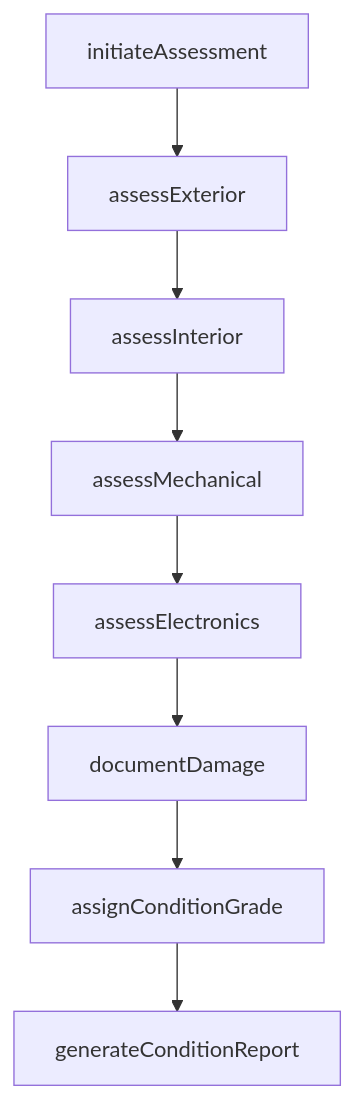
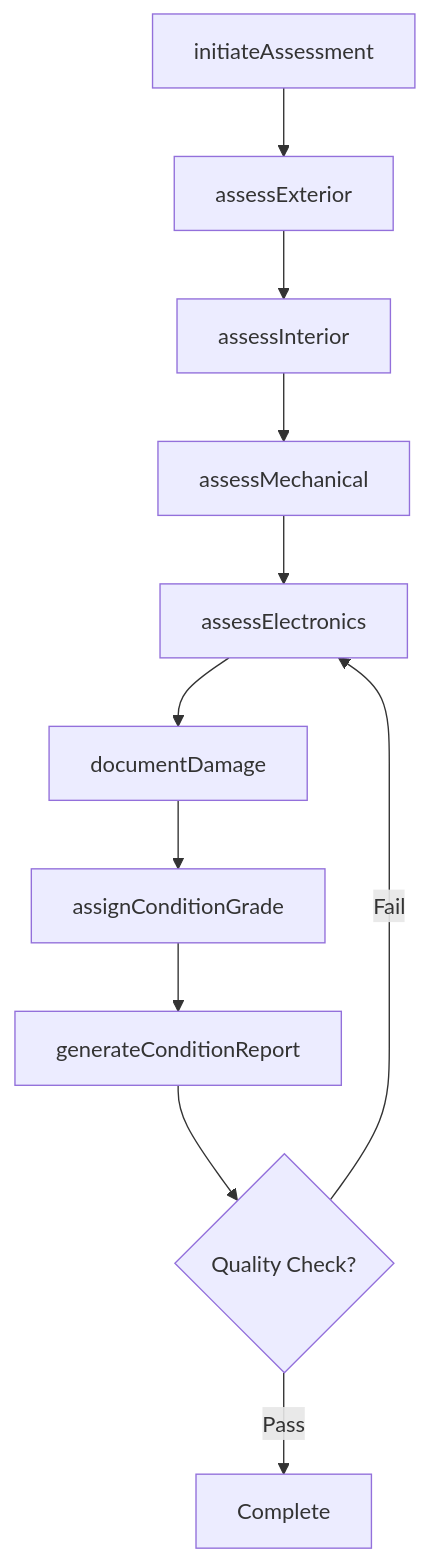
The third of 4 diagrams in InspectingEquipmentStructuresOrMaterials/InspectVehicles/InspectVehiclesDetermineOverallCondition.mdx (dot-org-ai/tasks.org.ai), drawn with Mermaid before and after one commit. The commit also changed other lines of this file and 504 other files, not shown here.

First line of the commit message:
feat: Add ER diagrams, state diagrams, and workflow improvements to 96 DWA task files

````diff
--- a/InspectingEquipmentStructuresOrMaterials/InspectVehicles/InspectVehiclesDetermineOverallCondition.mdx
+++ b/InspectingEquipmentStructuresOrMaterials/InspectVehicles/InspectVehiclesDetermineOverallCondition.mdx
@@ -92,10 +123,13 @@
 ```mermaid
 graph TD
     A[initiateAssessment] --> B[assessExterior]
     B --> C[assessInterior]
     C --> D[assessMechanical]
     D --> E[assessElectronics]
     E --> F[documentDamage]
     F --> G[assignConditionGrade]
     G --> H[generateConditionReport]
+    H --> Z{Quality Check?}
+    Z -->|Pass| ZZ[Complete]
+    Z -->|Fail| E
 ```
````
